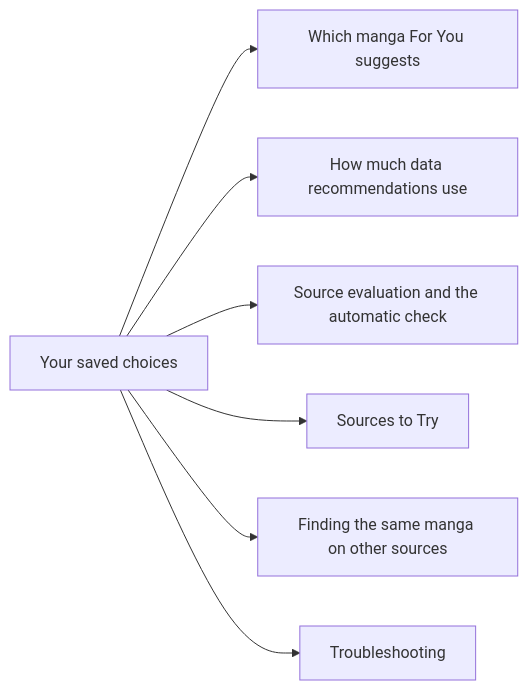
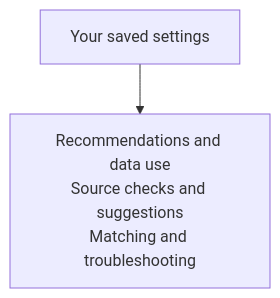
One commit to FancyCorey/komikku-fc changed the second of 4 diagrams in docs/kmk/feature-guides/recommendation-settings.md. Above: the diagram before and after it, drawn with Mermaid. The commit also changed other lines of this file and 29 other files, not shown here.

````diff
--- a/docs/kmk/feature-guides/recommendation-settings.md
+++ b/docs/kmk/feature-guides/recommendation-settings.md
@@ -218,9 +209,4 @@
 ```mermaid
-flowchart LR
-    Settings["Your saved choices"] --> ForYou["Which manga For You suggests"]
-    Settings --> Data["How much data recommendations use"]
-    Settings --> Evaluation["Source evaluation and the automatic check"]
-    Settings --> Suggestions["Sources to Try"]
-    Settings --> Matching["Finding the same manga on other sources"]
-    Settings --> Diagnostics["Troubleshooting"]
+flowchart TD
+    Settings["Your saved settings"] --> Apply["Recommendations and data use<br/>Source checks and suggestions<br/>Matching and troubleshooting"]
 ```
````
